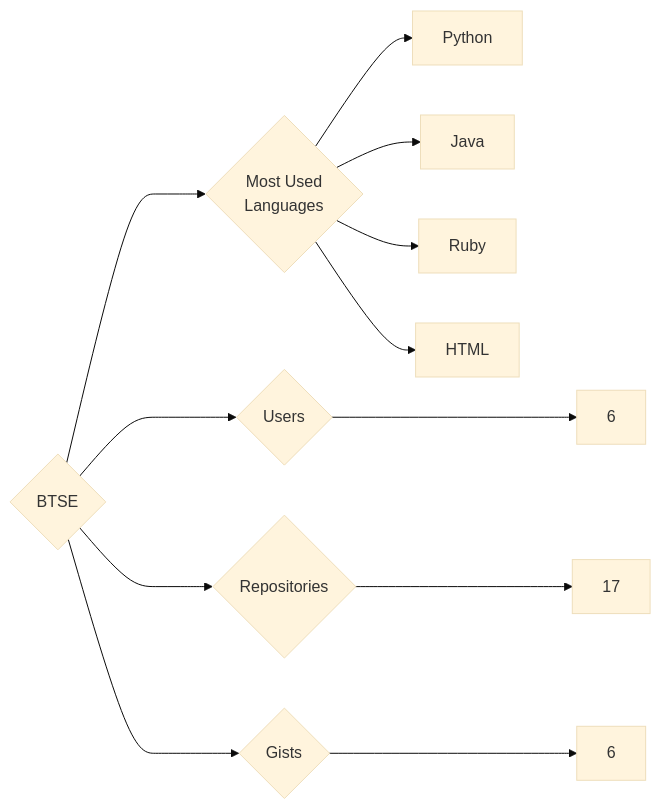
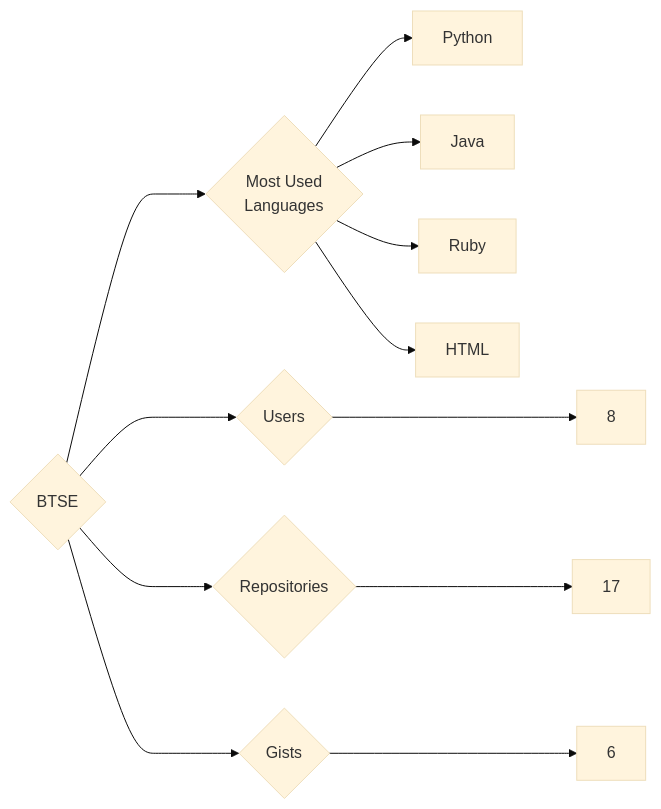
The diagram in targets/BTSE/README.md (trickest/insiders), drawn with Mermaid (base theme) before and after one commit. The commit also changed 1003 other files, not shown here.

````diff
--- a/targets/BTSE/README.md
+++ b/targets/BTSE/README.md
@@ -3,12 +3,12 @@
 ```mermaid
 graph LR
 COMPANY_NAME{BTSE}
-COMPANY_NAME ---> U{Users} ---> UN[6]
+COMPANY_NAME ---> U{Users} ---> UN[8]
 COMPANY_NAME ---> R{Repositories} ---> RN[17]
 COMPANY_NAME ---> G{Gists} ---> GN[6]
 COMPANY_NAME ---> ML{Most Used<br>Languages}
 ML --> Python[Python]
 ML --> Java[Java]
 ML --> Ruby[Ruby]
 ML --> HTML[HTML]
 ```
````
